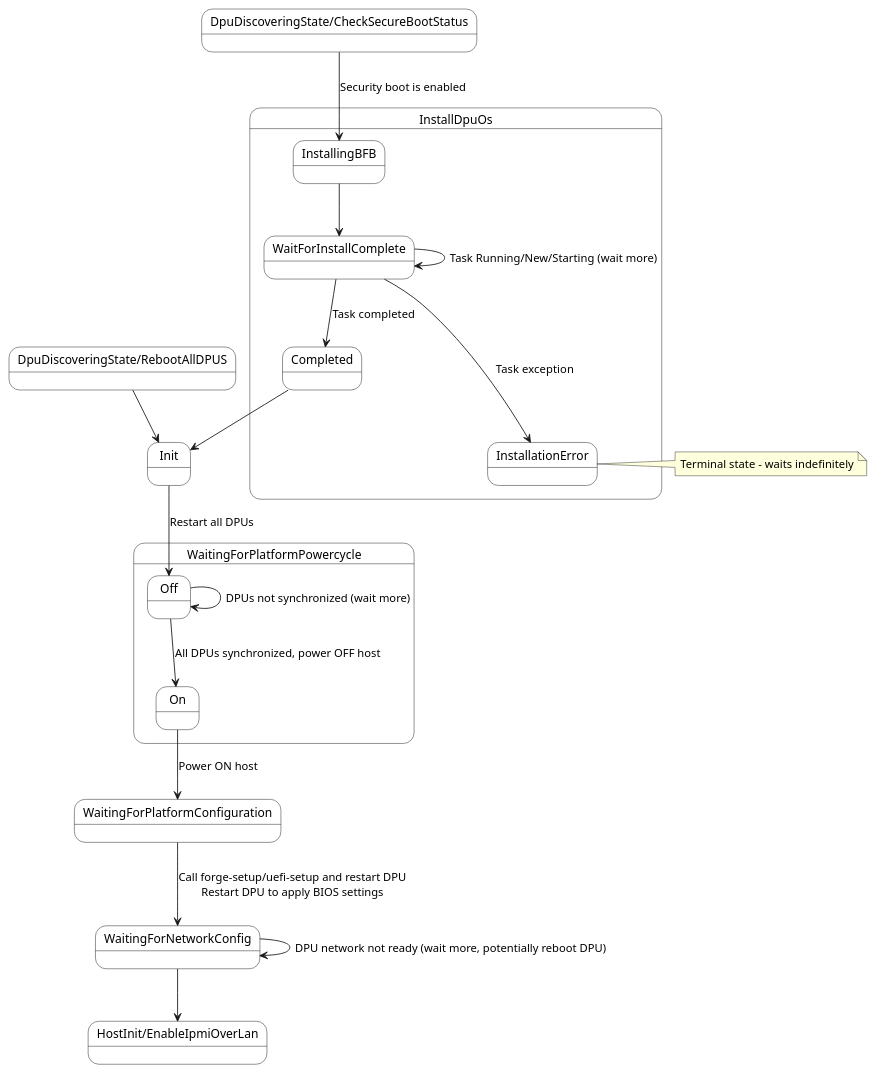
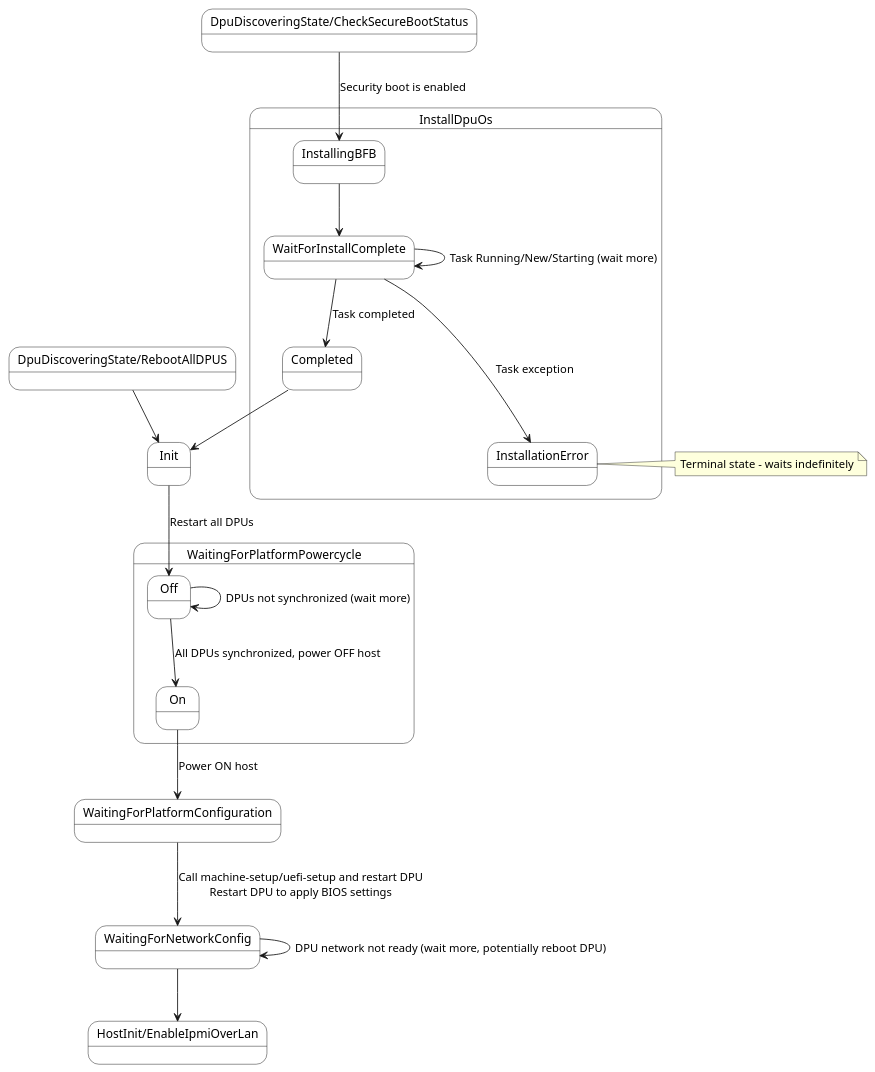
The third of 13 diagrams in book/src/architecture/state_machines/managedhost.md (NVIDIA/bare-metal-manager-core), drawn with PlantUML before and after one commit. The commit also changed other lines of this file and 84 other files, not shown here.

````diff
--- a/book/src/architecture/state_machines/managedhost.md
+++ b/book/src/architecture/state_machines/managedhost.md
@@ -188,57 +188,57 @@
 ```plantuml
 @startuml
 skinparam state {
   BackgroundColor White
   BorderColor Black
 }
 
 ' ========================================
 ' States
 '
 
 '' Incoming states
 state "DpuDiscoveringState/CheckSecureBootStatus" as DpuDiscoveringState_DD_SSB_E_CheckSecureBootStatus
 state "DpuDiscoveringState/RebootAllDPUS" as DpuDiscoveringState_DD_RebootAllDPUS
 
 '' Own states
 state "Init" as DI_Init
 state "InstallDpuOs" as DI_InstallDpuOs {
   state "InstallingBFB" as DI_IDO_InstallingBFB
   state "WaitForInstallComplete" as DI_IDO_WaitForInstallComplete
   state "Completed" as DI_IDO_Completed
   state "InstallationError" as DI_IDO_InstallationError
 }
 note right of DI_IDO_InstallationError : Terminal state - waits indefinitely
 
 state "WaitingForPlatformPowercycle" as DI_WaitingForPlatformPowercycle {
   state "Off" as DI_W4PP_OFF
   state "On" as DI_W4PP_ON
 }
 
 state "WaitingForPlatformConfiguration" as DI_WaitingForPlatformConfiguration
 state "WaitingForNetworkConfig" as DI_WaitingForNetworkConfig
 
 '' Outgoing states
 state "HostInit/EnableIpmiOverLan" as HostInit_HI_EnableIpmiOverLan
 
 ' ========================================
 ' Transitions
 '
 DpuDiscoveringState_DD_SSB_E_CheckSecureBootStatus --> DI_IDO_InstallingBFB : Security boot is enabled
 DpuDiscoveringState_DD_RebootAllDPUS --> DI_Init
 
 DI_IDO_InstallingBFB --> DI_IDO_WaitForInstallComplete
 DI_IDO_WaitForInstallComplete --> DI_IDO_WaitForInstallComplete : Task Running/New/Starting (wait more)
 DI_IDO_WaitForInstallComplete --> DI_IDO_Completed : Task completed
 DI_IDO_WaitForInstallComplete ---> DI_IDO_InstallationError : Task exception
 DI_IDO_Completed --> DI_Init
 
 DI_Init --> DI_W4PP_OFF : Restart all DPUs
 DI_W4PP_OFF --> DI_W4PP_OFF : DPUs not synchronized (wait more)
 DI_W4PP_OFF --> DI_W4PP_ON : All DPUs synchronized, power OFF host
 DI_W4PP_ON --> DI_WaitingForPlatformConfiguration : Power ON host
-DI_WaitingForPlatformConfiguration --> DI_WaitingForNetworkConfig : Call forge-setup/uefi-setup and restart DPU\nRestart DPU to apply BIOS settings
+DI_WaitingForPlatformConfiguration --> DI_WaitingForNetworkConfig : Call machine-setup/uefi-setup and restart DPU\nRestart DPU to apply BIOS settings
 DI_WaitingForNetworkConfig --> DI_WaitingForNetworkConfig : DPU network not ready (wait more, potentially reboot DPU)
 DI_WaitingForNetworkConfig --> HostInit_HI_EnableIpmiOverLan
 @enduml
 ```
````
